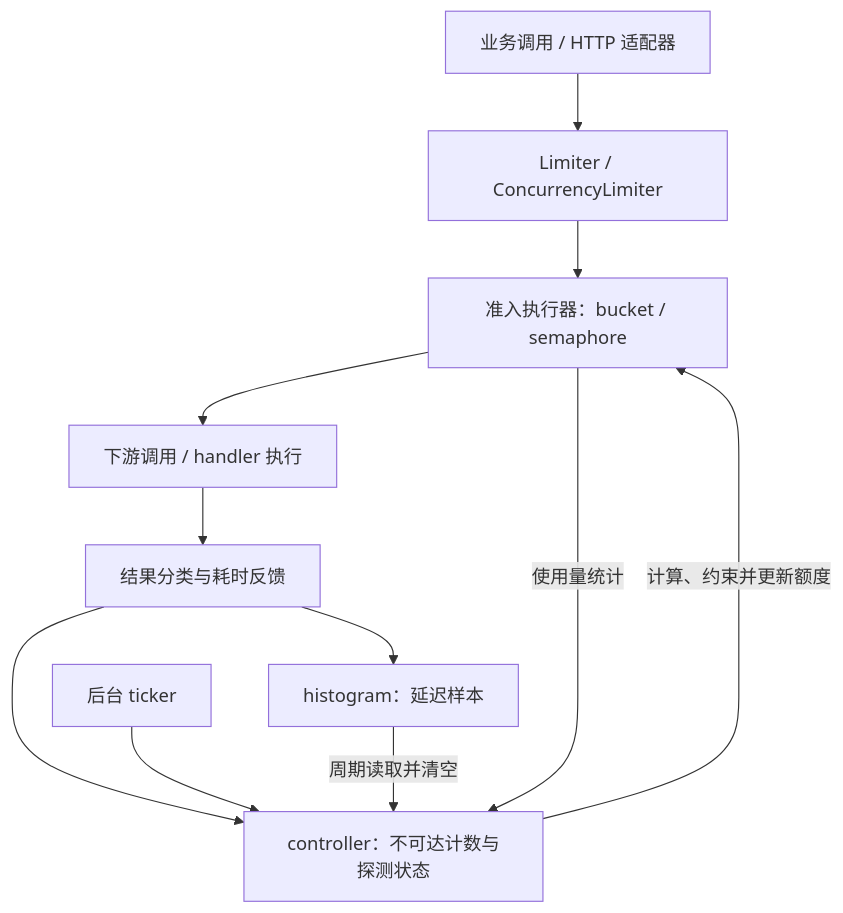
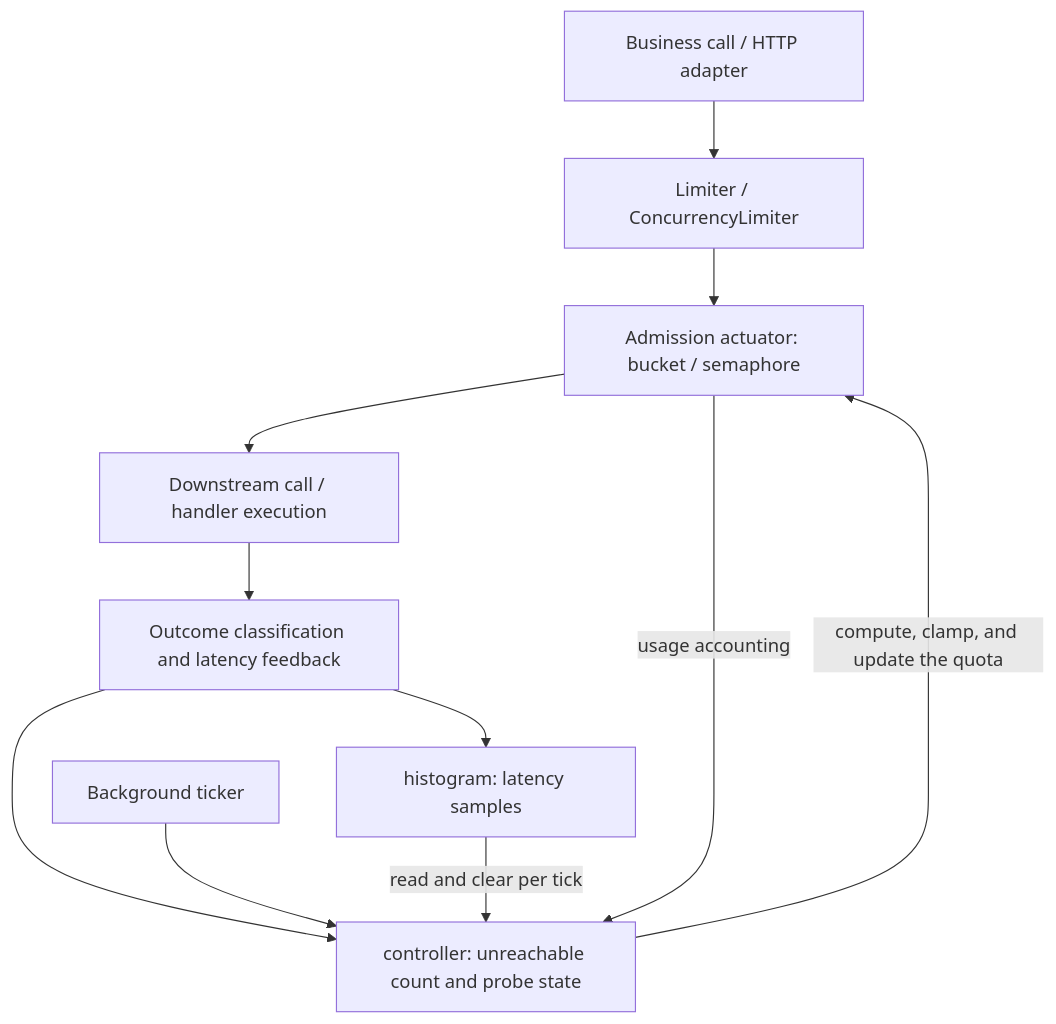
Before and after one commit to Yiming1997/agilelimiter: the diagram in docs/design.md, drawn with Mermaid. The commit also changed other lines of this file and 3 other files, not shown here.

````diff
--- a/docs/design.md
+++ b/docs/design.md
@@ -35,13 +35,13 @@
 ```mermaid
 flowchart TB
-    A["业务调用 / HTTP 适配器"] --> B["Limiter / ConcurrencyLimiter"]
-    B --> C["准入执行器：bucket / semaphore"]
-    C --> D["下游调用 / handler 执行"]
-    D --> E["结果分类与耗时反馈"]
-    E --> F["histogram：延迟样本"]
-    E --> G["controller：不可达计数与探测状态"]
-    H["后台 ticker"] --> G
-    F -->|"周期读取并清空"| G
-    C -->|"使用量统计"| G
-    G -->|"计算、约束并更新额度"| C
+    A["Business call / HTTP adapter"] --> B["Limiter / ConcurrencyLimiter"]
+    B --> C["Admission actuator: bucket / semaphore"]
+    C --> D["Downstream call / handler execution"]
+    D --> E["Outcome classification and latency feedback"]
+    E --> F["histogram: latency samples"]
+    E --> G["controller: unreachable count and probe state"]
+    H["Background ticker"] --> G
+    F -->|"read and clear per tick"| G
+    C -->|"usage accounting"| G
+    G -->|"compute, clamp, and update the quota"| C
 ```
````
